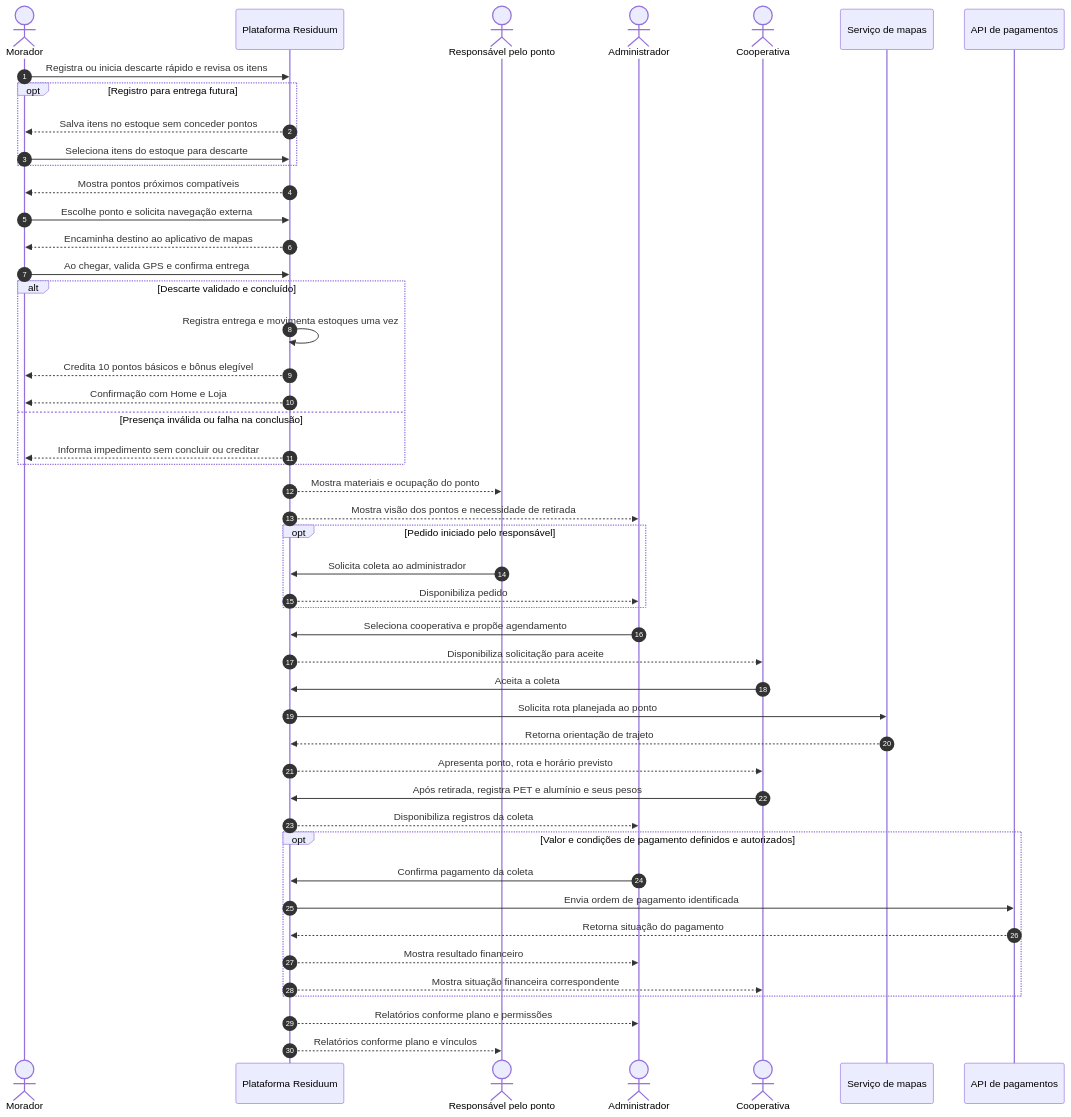
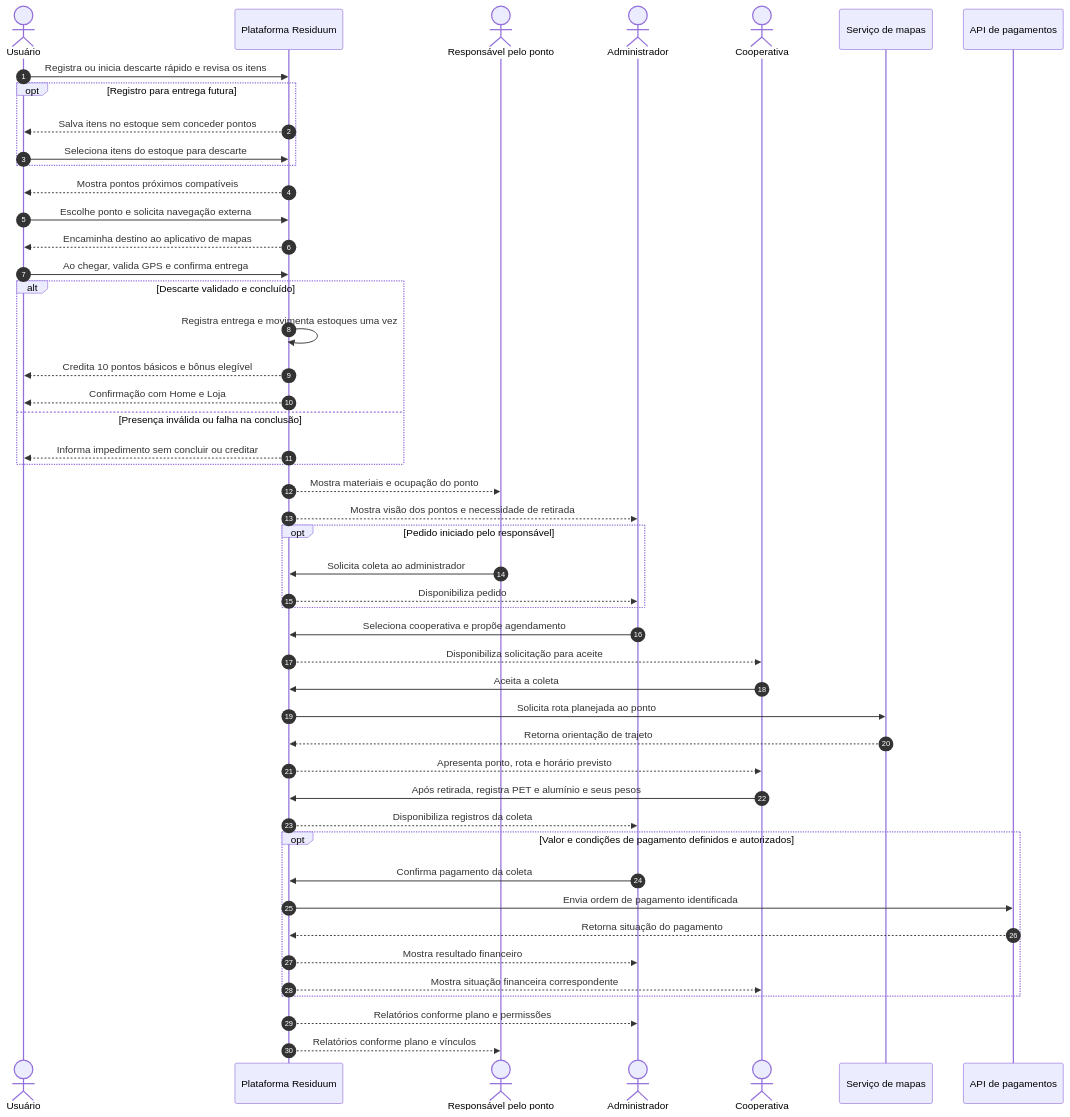
One commit to Residuum-Organization/residuum-documentacao changed the diagram in docs/visao/visao-do-projeto.md. Above: the diagram before and after it, drawn with Mermaid. The commit also changed other lines of this file and 101 other files, not shown here.

First line of the commit message:
docs: troca "morador" por "usuário" em todos os documentos

````diff
--- a/docs/visao/visao-do-projeto.md
+++ b/docs/visao/visao-do-projeto.md
@@ -94,53 +94,53 @@
 ```mermaid
 sequenceDiagram
     autonumber
-    actor Morador
+    actor Usuario as Usuário
     participant Residuum as Plataforma Residuum
     actor Responsavel as Responsável pelo ponto
     actor Admin as Administrador
     actor Cooperativa
     participant Mapas as Serviço de mapas
     participant Pagamentos as API de pagamentos
 
-    Morador->>Residuum: Registra ou inicia descarte rápido e revisa os itens
+    Usuario->>Residuum: Registra ou inicia descarte rápido e revisa os itens
     opt Registro para entrega futura
-        Residuum-->>Morador: Salva itens no estoque sem conceder pontos
-        Morador->>Residuum: Seleciona itens do estoque para descarte
+        Residuum-->>Usuario: Salva itens no estoque sem conceder pontos
+        Usuario->>Residuum: Seleciona itens do estoque para descarte
     end
-    Residuum-->>Morador: Mostra pontos próximos compatíveis
-    Morador->>Residuum: Escolhe ponto e solicita navegação externa
-    Residuum-->>Morador: Encaminha destino ao aplicativo de mapas
-    Morador->>Residuum: Ao chegar, valida GPS e confirma entrega
+    Residuum-->>Usuario: Mostra pontos próximos compatíveis
+    Usuario->>Residuum: Escolhe ponto e solicita navegação externa
+    Residuum-->>Usuario: Encaminha destino ao aplicativo de mapas
+    Usuario->>Residuum: Ao chegar, valida GPS e confirma entrega
     alt Descarte validado e concluído
         Residuum->>Residuum: Registra entrega e movimenta estoques uma vez
-        Residuum-->>Morador: Credita 10 pontos básicos e bônus elegível
-        Residuum-->>Morador: Confirmação com Home e Loja
+        Residuum-->>Usuario: Credita 10 pontos básicos e bônus elegível
+        Residuum-->>Usuario: Confirmação com Home e Loja
     else Presença inválida ou falha na conclusão
-        Residuum-->>Morador: Informa impedimento sem concluir ou creditar
+        Residuum-->>Usuario: Informa impedimento sem concluir ou creditar
     end
 
     Residuum-->>Responsavel: Mostra materiais e ocupação do ponto
     Residuum-->>Admin: Mostra visão dos pontos e necessidade de retirada
     opt Pedido iniciado pelo responsável
         Responsavel->>Residuum: Solicita coleta ao administrador
         Residuum-->>Admin: Disponibiliza pedido
     end
     Admin->>Residuum: Seleciona cooperativa e propõe agendamento
     Residuum-->>Cooperativa: Disponibiliza solicitação para aceite
     Cooperativa->>Residuum: Aceita a coleta
     Residuum->>Mapas: Solicita rota planejada ao ponto
     Mapas-->>Residuum: Retorna orientação de trajeto
     Residuum-->>Cooperativa: Apresenta ponto, rota e horário previsto
     Cooperativa->>Residuum: Após retirada, registra PET e alumínio e seus pesos
     Residuum-->>Admin: Disponibiliza registros da coleta
 
     opt Valor e condições de pagamento definidos e autorizados
         Admin->>Residuum: Confirma pagamento da coleta
         Residuum->>Pagamentos: Envia ordem de pagamento identificada
         Pagamentos-->>Residuum: Retorna situação do pagamento
         Residuum-->>Admin: Mostra resultado financeiro
         Residuum-->>Cooperativa: Mostra situação financeira correspondente
     end
     Residuum-->>Admin: Relatórios conforme plano e permissões
     Residuum-->>Responsavel: Relatórios conforme plano e vínculos
 ```
````
